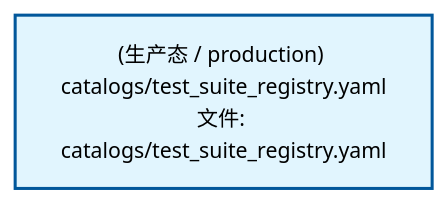
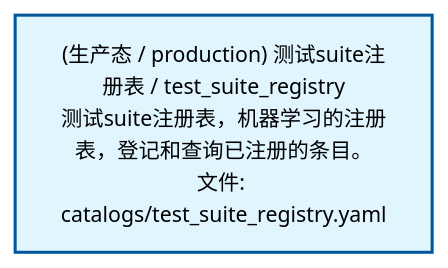
Before and after one commit to xuanFelixVan/ZephyrAlpha: the second of 2 diagrams in docs/02_enterprise_architecture/02_domain_architecture_docs/33_d_audittest.md, drawn with Mermaid. The commit also changed other lines of this file and 60 other files, not shown here.

````diff
--- a/docs/02_enterprise_architecture/02_domain_architecture_docs/33_d_audittest.md
+++ b/docs/02_enterprise_architecture/02_domain_architecture_docs/33_d_audittest.md
@@ -68,10 +68,10 @@
 ```mermaid
 %%{init: {'theme': 'base', 'themeVariables': {'primaryColor': '#eaeaea', 'primaryTextColor': '#333333', 'primaryBorderColor': '#666666', 'lineColor': '#666666', 'secondaryColor': '#eaeaea', 'tertiaryColor': '#eaeaea', 'fontSize': '14px'}}}%%
 flowchart TD
-    docs_01_policies_and_standards_registry_catalogs_test_suite_registry_yaml["(生产态 / production) catalogs/test_suite_registry.yaml<br/>文件: catalogs/test_suite_registry.yaml"]
+    docs_01_policies_and_standards_registry_catalogs_test_suite_registry_yaml["(生产态 / production) 测试suite注册表 / test_suite_registry<br/>测试suite注册表，机器学习的注册表，登记和查询已注册的条目。<br/>文件: catalogs/test_suite_registry.yaml"]
     classDef production fill:#e1f5fe,stroke:#01579b,stroke-width:2px,color:#000
     classDef design fill:#fff3e0,stroke:#e65100,stroke-width:2px,color:#000,stroke-dasharray: 5 5
     classDef external_prod fill:#e8f4fd,stroke:#0277bd,stroke-width:1px,color:#000
     classDef external_design fill:#fff8e7,stroke:#ef6c00,stroke-width:1px,color:#000,stroke-dasharray: 5 5
     class docs_01_policies_and_standards_registry_catalogs_test_suite_registry_yaml production
 ```
````
